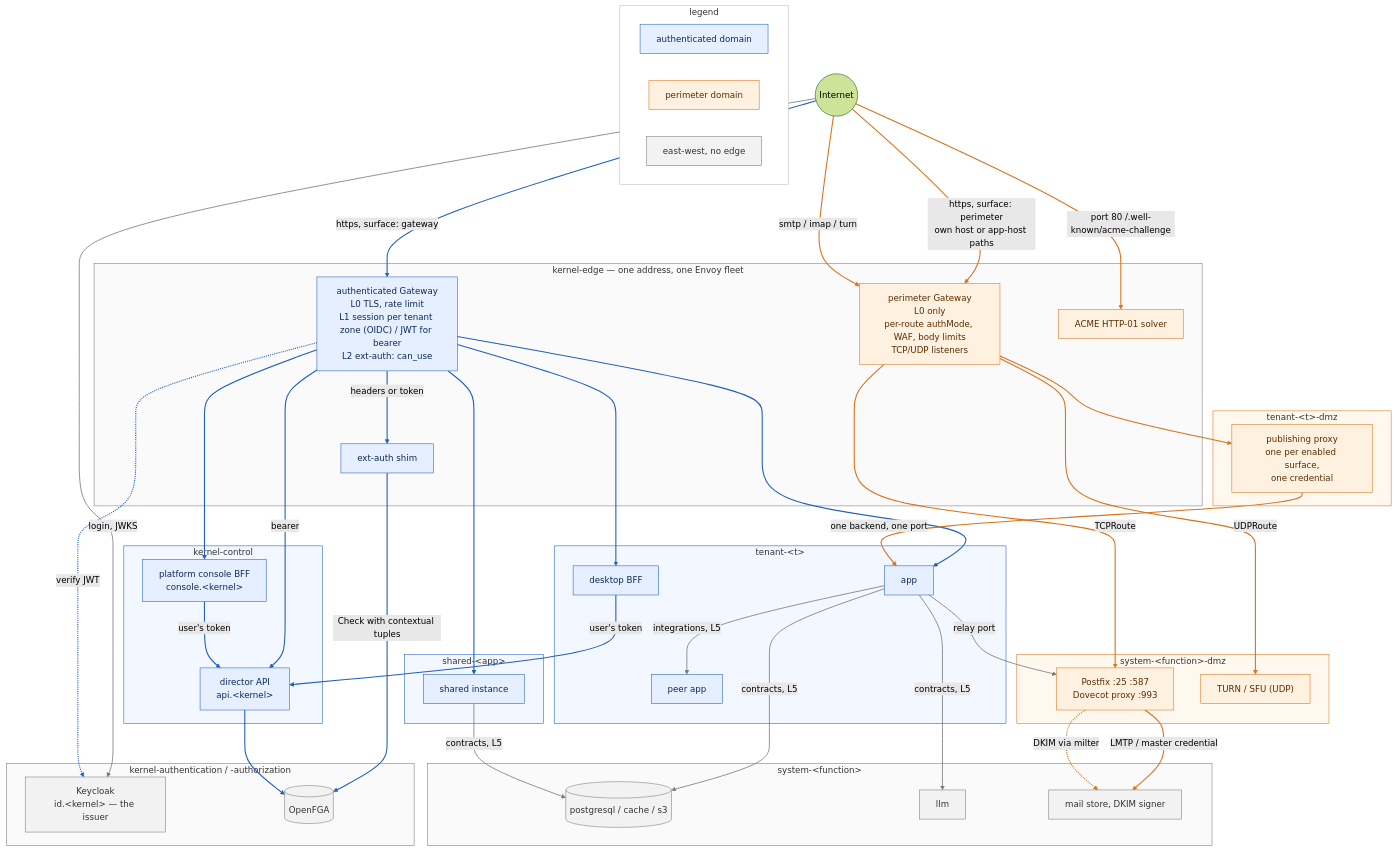
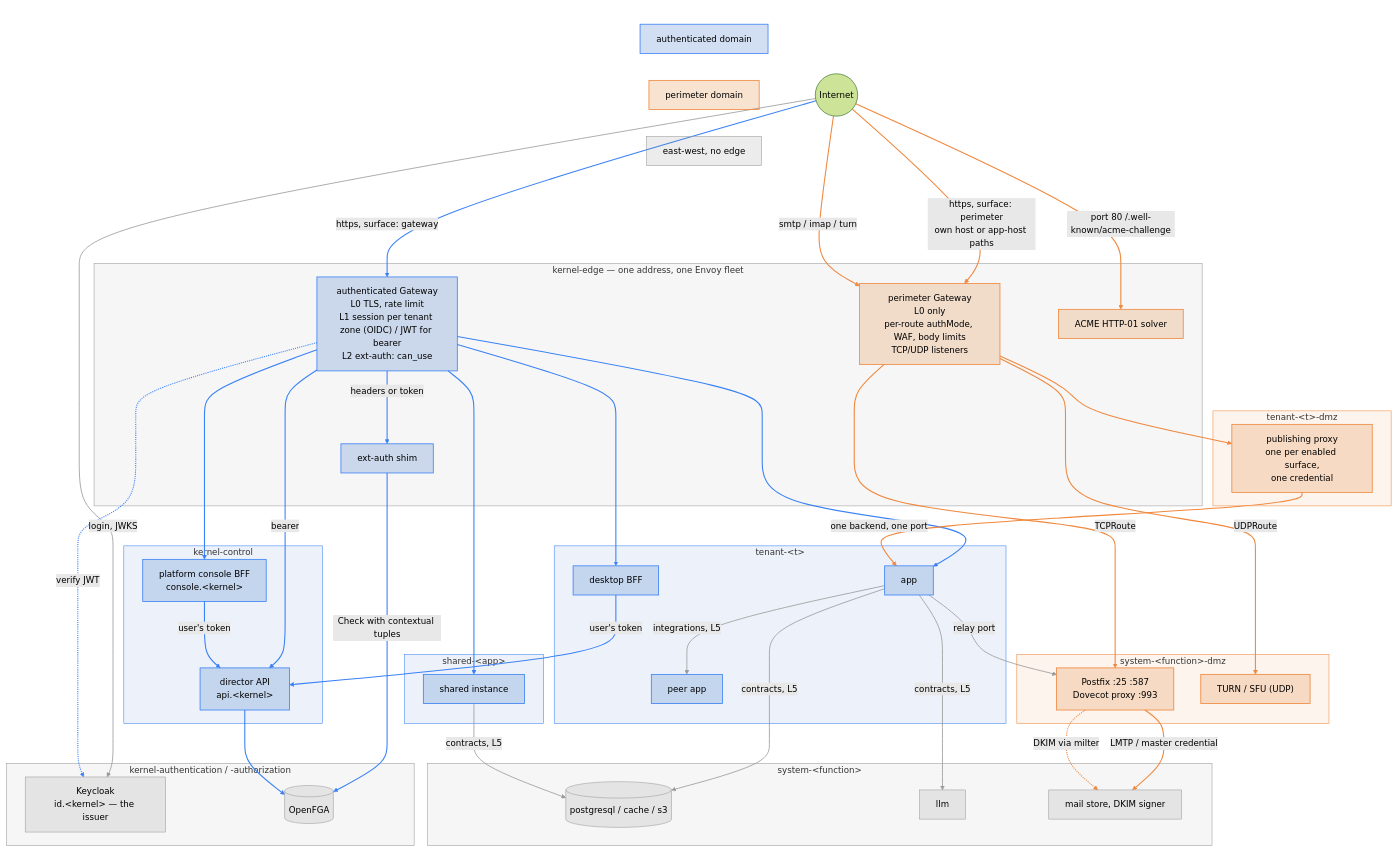
The diagram in docs/plans/networking.md (gentian-org/gentian-os), drawn with Mermaid (forest theme) before and after one commit.

Commit message:
docs(networking): theme-neutral translucent colours; legend as a strip at the top

````diff
--- a/docs/plans/networking.md
+++ b/docs/plans/networking.md
@@ -48,5 +48,12 @@
 ```mermaid
 flowchart TB
+    subgraph LEGEND[" "]
+        direction LR
+        LA["authenticated domain"]
+        LP["perimeter domain"]
+        LE["east-west, no edge"]
+    end
+
     NET(("Internet"))
 
     subgraph EDGE["kernel-edge — one address, one Envoy fleet"]
@@ -125,28 +132,22 @@
     APP -->|"integrations, L5"| PEER
     SAPP -->|"contracts, L5"| DB
 
-    subgraph LEGEND["legend"]
-        LA["authenticated domain"]
-        LP["perimeter domain"]
-        LE["east-west, no edge"]
-    end
-
-    classDef auth fill:#e6efff,stroke:#1f5fbf,color:#0b2a5b
-    classDef perim fill:#fff1e0,stroke:#d9731a,color:#5a2d00
-    classDef ew fill:#f2f2f2,stroke:#7a7a7a,color:#333
+    classDef auth fill:#1f5fbf33,stroke:#3b82f6,stroke-width:1.5px
+    classDef perim fill:#d9731a33,stroke:#f0883e,stroke-width:1.5px
+    classDef ew fill:#80808026,stroke:#9a9a9a
     class AG,SHIM,DESK,APP,PEER,SAPP,CON,DIR,LA auth
     class PG,PX,MTA,TURN,ACME,LP perim
     class KC,FGA,DB,LLM,STORE,LE ew
-    style TEN fill:#f3f7ff,stroke:#1f5fbf
-    style SHR fill:#f3f7ff,stroke:#1f5fbf
-    style KCTL fill:#f3f7ff,stroke:#1f5fbf
-    style TDMZ fill:#fff8ef,stroke:#d9731a
-    style SDMZ fill:#fff8ef,stroke:#d9731a
-    style EDGE fill:#fafafa,stroke:#7a7a7a
-    style KAUTH fill:#fafafa,stroke:#7a7a7a
-    style SYS fill:#fafafa,stroke:#7a7a7a
-    style LEGEND fill:#ffffff,stroke:#bbbbbb
-    linkStyle 0,5,6,7,8,9,10,11,12,19,20,21 stroke:#1f5fbf,stroke-width:2px
-    linkStyle 1,2,4,13,14,15,16,17,18 stroke:#d9731a,stroke-width:2px
-    linkStyle 3,22,23,24,25,26 stroke:#7a7a7a,stroke-width:1.5px
+    style TEN fill:#1f5fbf14,stroke:#3b82f6
+    style SHR fill:#1f5fbf14,stroke:#3b82f6
+    style KCTL fill:#1f5fbf14,stroke:#3b82f6
+    style TDMZ fill:#d9731a14,stroke:#f0883e
+    style SDMZ fill:#d9731a14,stroke:#f0883e
+    style EDGE fill:#80808012,stroke:#9a9a9a
+    style KAUTH fill:#80808012,stroke:#9a9a9a
+    style SYS fill:#80808012,stroke:#9a9a9a
+    style LEGEND fill:none,stroke:none
+    linkStyle 0,5,6,7,8,9,10,11,12,19,20,21 stroke:#3b82f6,stroke-width:2px
+    linkStyle 1,2,4,13,14,15,16,17,18 stroke:#f0883e,stroke-width:2px
+    linkStyle 3,22,23,24,25,26 stroke:#9a9a9a,stroke-width:1.5px
 ```
````
